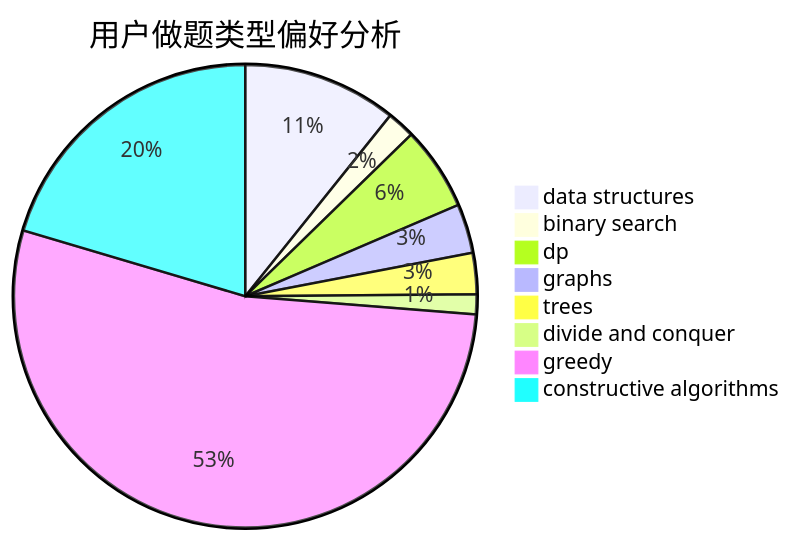
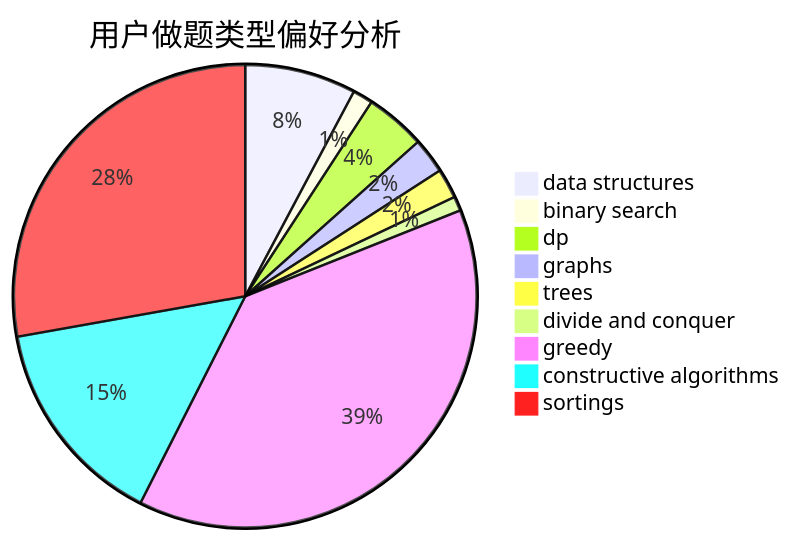
One commit to sherpahu/cfrs.github.io changed the second of 3 diagrams in docs/user/u915.md. Above: the diagram before and after it, drawn with Mermaid. The commit also changed other lines of this file and 2769 other files, not shown here.

````diff
--- a/docs/user/u915.md
+++ b/docs/user/u915.md
@@ -23,11 +18,12 @@
 ```mermaid
 pie title 用户做题类型偏好分析
     "data structures" :  116
     "binary search" :  21
     "dp" :  63
     "graphs" :  37
     "trees" :  31
     "divide and conquer" :  15
     "greedy" :  575
     "constructive algorithms" :  220
+    "sortings" :  415
 ```
````
